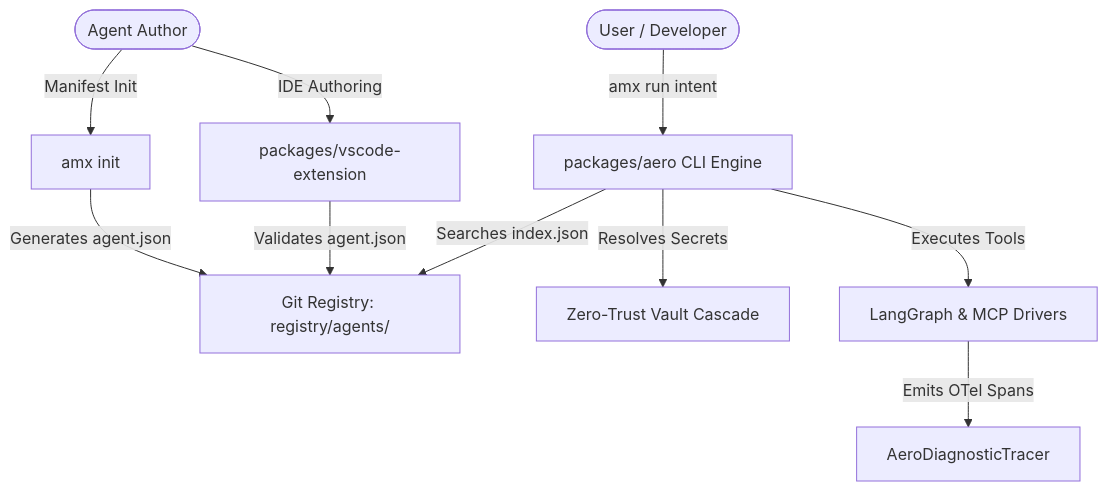
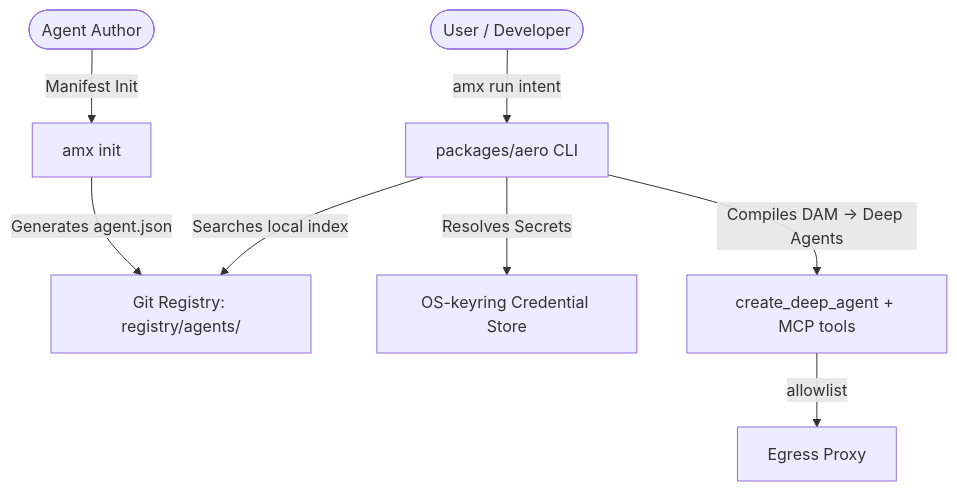
Before and after one commit to seismael/aeromesh: the diagram in docs/09_ECOSYSTEM_INTEGRATION_AND_DEVELOPMENT_ROADMAP.md, drawn with Mermaid. The commit also changed other lines of this file and 28 other files, not shown here.

````diff
--- a/docs/09_ECOSYSTEM_INTEGRATION_AND_DEVELOPMENT_ROADMAP.md
+++ b/docs/09_ECOSYSTEM_INTEGRATION_AND_DEVELOPMENT_ROADMAP.md
@@ -16,14 +18,11 @@
 ```mermaid
 graph TD
-    User([User / Developer]) -->|amx run intent| CLI[packages/aero CLI Engine]
+    User([User / Developer]) -->|amx run intent| CLI[packages/aero CLI]
     Developer([Agent Author]) -->|Manifest Init| Init[amx init]
-    Developer -->|IDE Authoring| VSC[packages/vscode-extension]
 
     Init -->|Generates agent.json| Registry[Git Registry: registry/agents/]
-    VSC -->|Validates agent.json| Registry
-
-    CLI -->|Searches index.json| Registry
-    CLI -->|Resolves Secrets| Vault[Zero-Trust Vault Cascade]
-    CLI -->|Executes Tools| Driver[LangGraph & MCP Drivers]
-    Driver -->|Emits OTel Spans| Telemetry[AeroDiagnosticTracer]
+    CLI -->|Searches local index| Registry
+    CLI -->|Resolves Secrets| Vault[OS-keyring Credential Store]
+    CLI -->|Compiles DAM -> Deep Agents| Driver[create_deep_agent + MCP tools]
+    Driver -->|allowlist| Sandbox[Egress Proxy]
 ```
````
